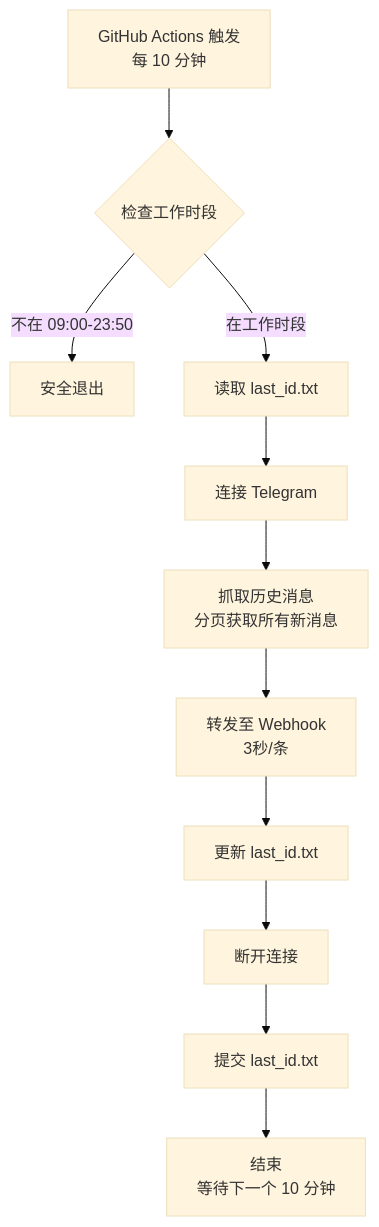
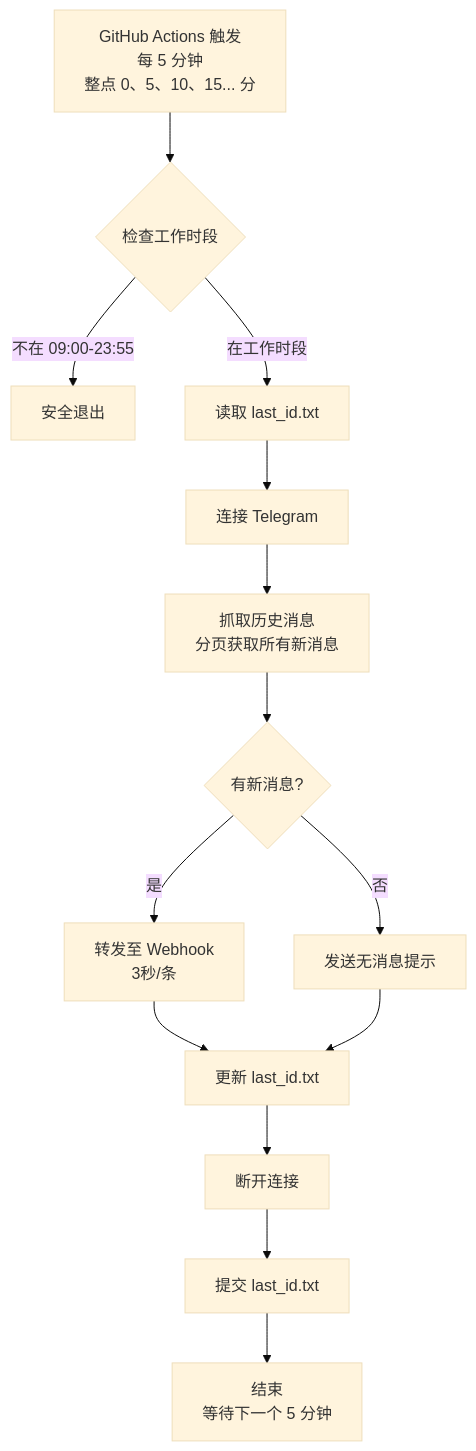
One commit to yanyanxinshi/monitor_push changed the diagram in README.md. Above: the diagram before and after it, drawn with Mermaid (base theme). The commit also changed other lines of this file and 5 other files, not shown here.

````diff
--- a/README.md
+++ b/README.md
@@ -142,13 +145,16 @@
 ```mermaid
 graph TD
-    A[GitHub Actions 触发<br/>每 10 分钟] --> B{检查工作时段}
-    B -->|不在 09:00-23:50| C[安全退出]
+    A[GitHub Actions 触发<br/>每 5 分钟<br/>整点 0、5、10、15... 分] --> B{检查工作时段}
+    B -->|不在 09:00-23:55| C[安全退出]
     B -->|在工作时段| D[读取 last_id.txt]
     D --> E[连接 Telegram]
     E --> F[抓取历史消息<br/>分页获取所有新消息]
-    F --> G[转发至 Webhook<br/>3秒/条]
-    G --> H[更新 last_id.txt]
-    H --> I[断开连接]
-    I --> J[提交 last_id.txt]
-    J --> K[结束<br/>等待下一个 10 分钟]
+    F --> G{有新消息?}
+    G -->|是| H[转发至 Webhook<br/>3秒/条]
+    G -->|否| I[发送无消息提示]
+    H --> J[更新 last_id.txt]
+    I --> J
+    J --> K[断开连接]
+    K --> L[提交 last_id.txt]
+    L --> M[结束<br/>等待下一个 5 分钟]
 ```
````
